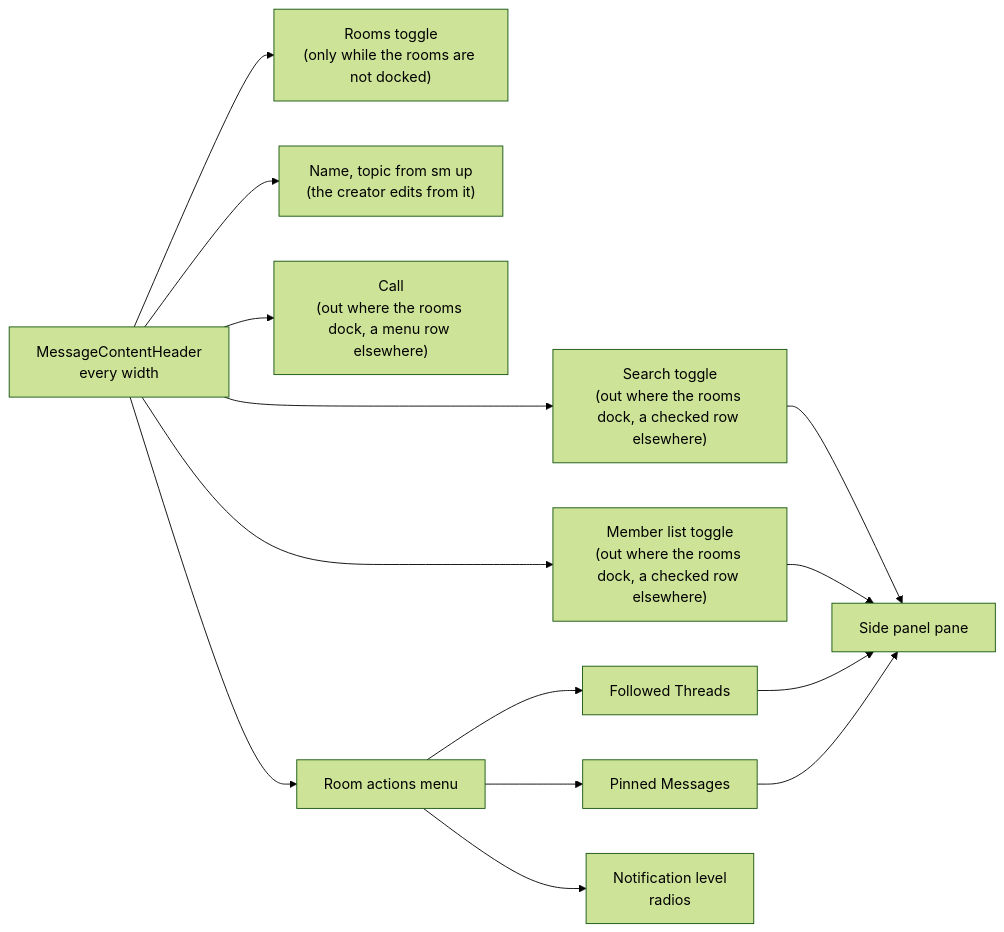
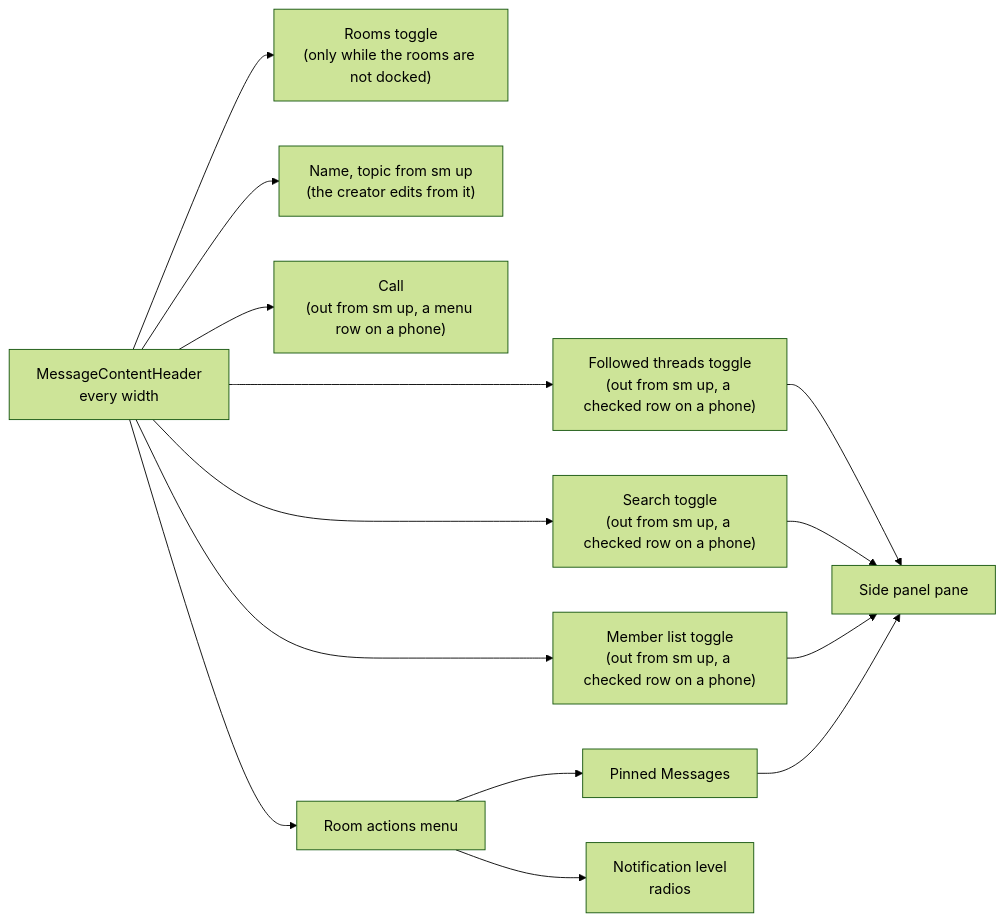
Before and after one commit to Esposter/Esposter: the second of 2 diagrams in openspec/specs/esbabbler/room-ui/design.md, drawn with Mermaid (forest theme). The commit also changed other lines of this file and 5 other files, not shown here.

First line of the commit message:
fix(esbabbler): the room header folds its call and toggles into the overflow menu only on a phone

````diff
--- a/openspec/specs/esbabbler/room-ui/design.md
+++ b/openspec/specs/esbabbler/room-ui/design.md
@@ -58,13 +58,13 @@
 ```mermaid
 flowchart LR
   header["MessageContentHeader<br/>every width"]
   header --> rooms["Rooms toggle<br/>(only while the rooms are not docked)"]
   header --> name["Name, topic from sm up<br/>(the creator edits from it)"]
-  header --> call["Call<br/>(out where the rooms dock, a menu row elsewhere)"]
-  header --> search["Search toggle<br/>(out where the rooms dock, a checked row elsewhere)"] --> panel["Side panel pane"]
-  header --> members["Member list toggle<br/>(out where the rooms dock, a checked row elsewhere)"] --> panel
+  header --> call["Call<br/>(out from sm up, a menu row on a phone)"]
+  header --> threads["Followed threads toggle<br/>(out from sm up, a checked row on a phone)"] --> panel["Side panel pane"]
+  header --> search["Search toggle<br/>(out from sm up, a checked row on a phone)"] --> panel
+  header --> members["Member list toggle<br/>(out from sm up, a checked row on a phone)"] --> panel
   header --> overflow["Room actions menu"]
-  overflow --> threads["Followed Threads"] --> panel
   overflow --> pinned["Pinned Messages"] --> panel
   overflow --> level["Notification level<br/>radios"]
 ```
````
